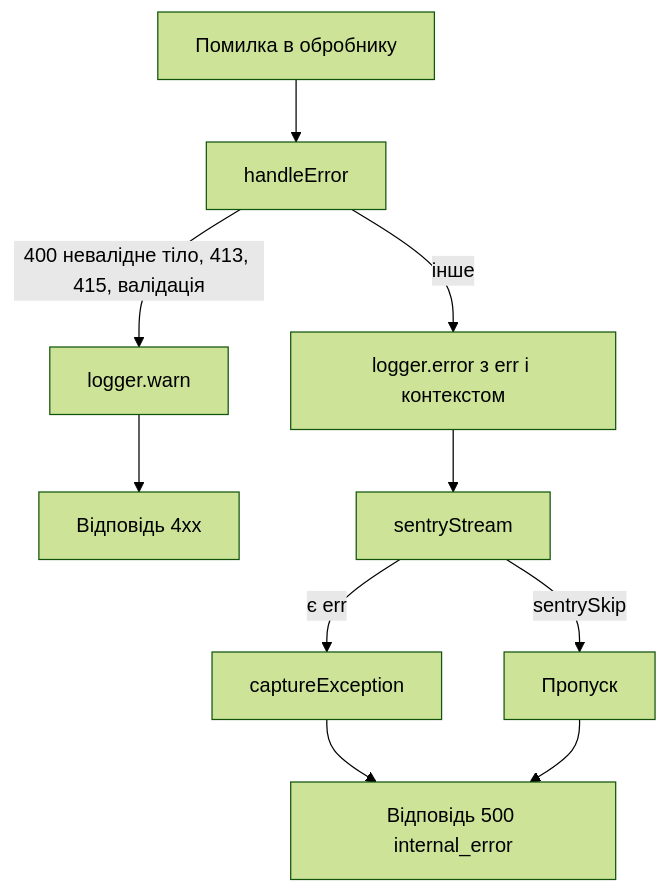
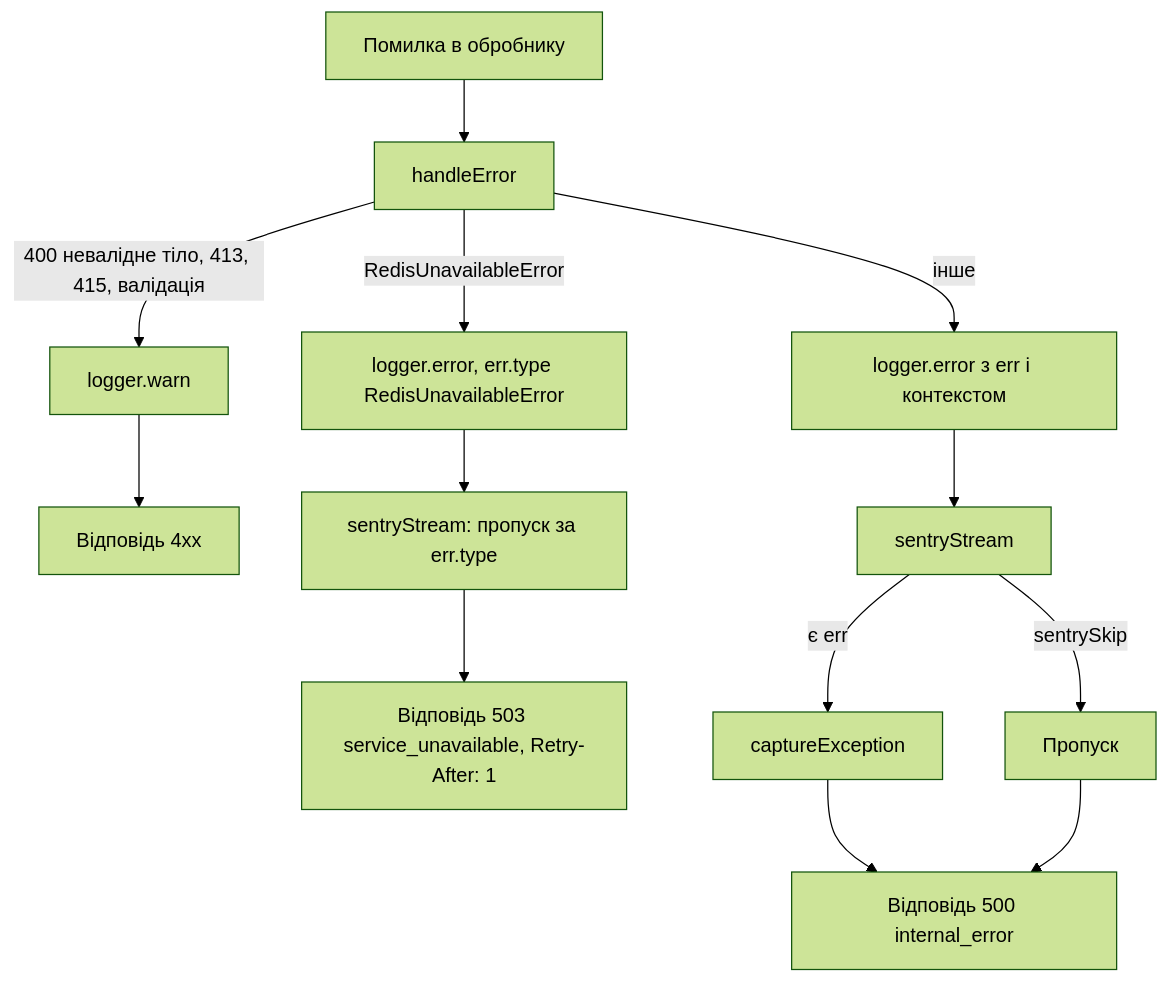
One commit to Blazheiko/itvibe-template changed the diagram in documentation/backend/observability.md. Above: the diagram before and after it, drawn with Mermaid (forest theme). The commit also changed other lines of this file and 10 other files, not shown here.

````diff
--- a/documentation/backend/observability.md
+++ b/documentation/backend/observability.md
@@ -87,12 +88,15 @@
 ```mermaid
 flowchart TD
     A[Помилка в обробнику] --> B[handleError]
     B -->|400 невалідне тіло, 413, 415, валідація| C[logger.warn]
+    B -->|RedisUnavailableError| U["logger.error, err.type RedisUnavailableError"]
     B -->|інше| D["logger.error з err і контекстом"]
     C --> R1[Відповідь 4xx]
+    U --> SU[sentryStream: пропуск за err.type]
+    SU --> R3["Відповідь 503 service_unavailable, Retry-After: 1"]
     D --> S[sentryStream]
     S -->|sentrySkip| X[Пропуск]
     S -->|є err| E[captureException]
     E --> R2["Відповідь 500 internal_error"]
     X --> R2
 ```
````
